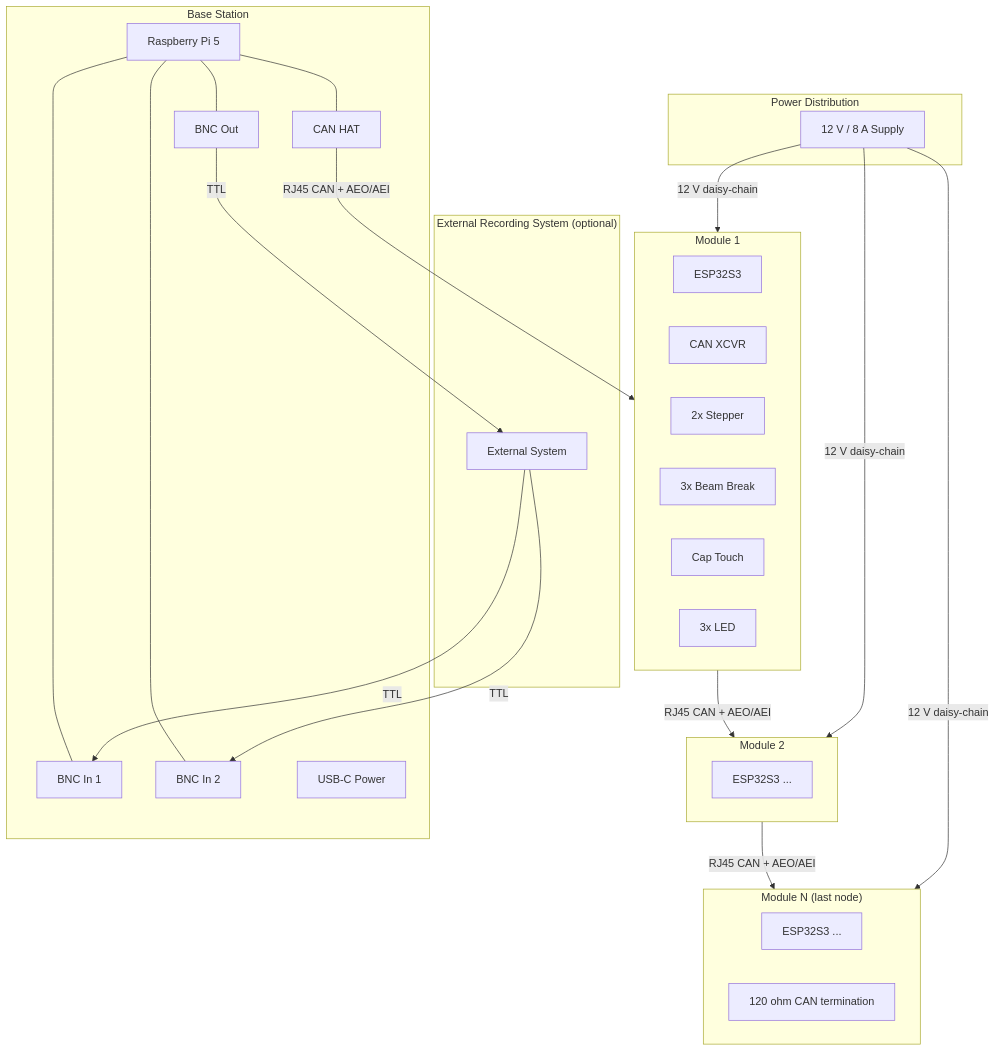
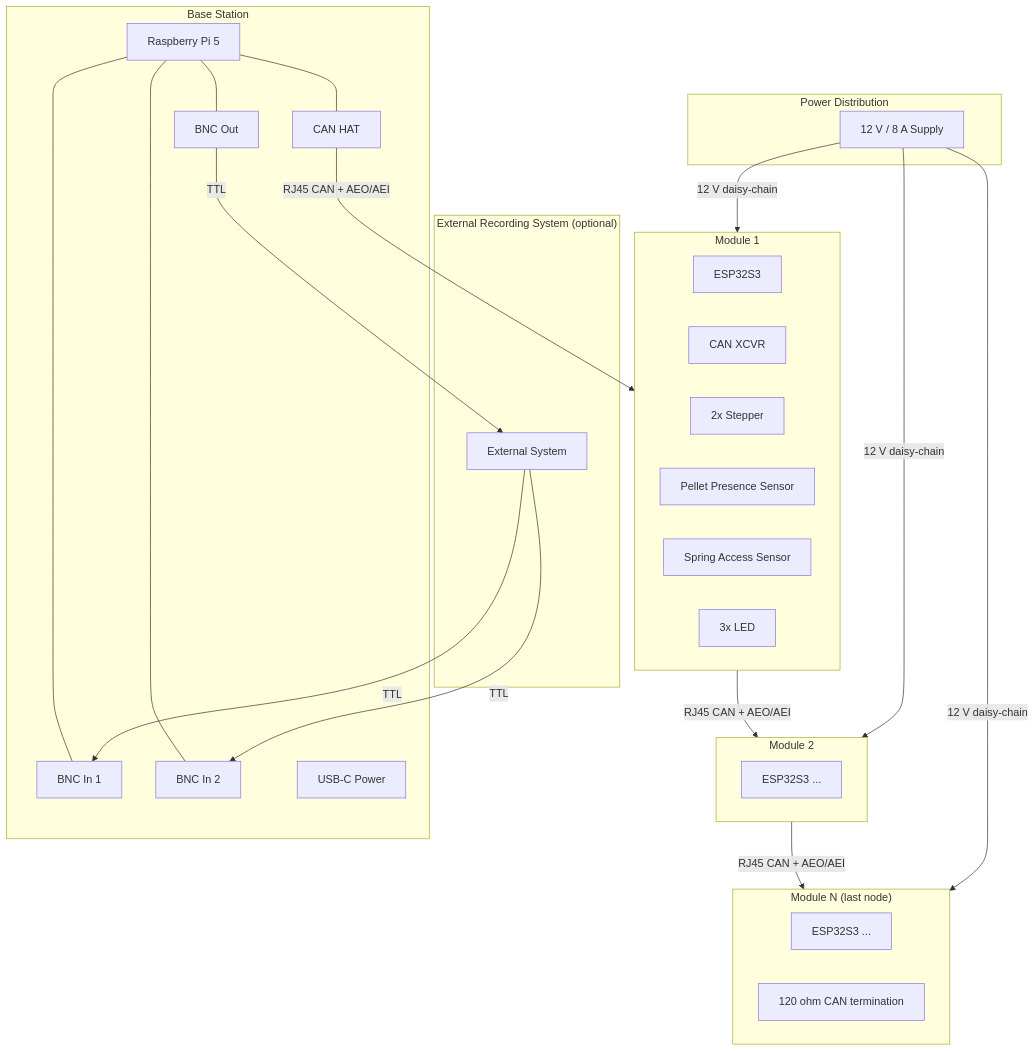
The second of 2 diagrams in docs/architecture.md (Neurotech-Hub/SpatialForagingPlatform-ProjectManager), drawn with Mermaid before and after one commit. The commit also changed other lines of this file and 2 other files, not shown here.

````diff
--- a/docs/architecture.md
+++ b/docs/architecture.md
@@ -311,53 +312,53 @@
 ```mermaid
 flowchart TD
     subgraph external ["External Recording System (optional)"]
         EXT[External System]
     end
 
     subgraph basestation [Base Station]
         RPi5[Raspberry Pi 5]
         CANHAT[CAN HAT]
         BNC1[BNC In 1]
         BNC2[BNC In 2]
         BNCOUT[BNC Out]
         USBC[USB-C Power]
         RPi5 --- CANHAT
         RPi5 --- BNC1
         RPi5 --- BNC2
         RPi5 --- BNCOUT
     end
 
     subgraph power [Power Distribution]
         PSU["12 V / 8 A Supply"]
     end
 
     subgraph M1 [Module 1]
         M1ESP[ESP32S3]
         M1CAN[CAN XCVR]
         M1STEP[2x Stepper]
-        M1BB[3x Beam Break]
-        M1CAP[Cap Touch]
+        M1PRES[Pellet Presence Sensor]
+        M1ACC[Spring Access Sensor]
         M1LED[3x LED]
     end
 
     subgraph M2 [Module 2]
         M2ESP[ESP32S3 ...]
     end
 
     subgraph MN ["Module N (last node)"]
         MNESP[ESP32S3 ...]
         MNTERM["120 ohm CAN termination"]
     end
 
     EXT -->|TTL| BNC1
     EXT -->|TTL| BNC2
     BNCOUT -->|TTL| EXT
 
     CANHAT -->|RJ45 CAN + AEO/AEI| M1
     M1 -->|RJ45 CAN + AEO/AEI| M2
     M2 -->|RJ45 CAN + AEO/AEI| MN
 
     PSU -->|12 V daisy-chain| M1
     PSU -->|12 V daisy-chain| M2
     PSU -->|12 V daisy-chain| MN
 ```
````
